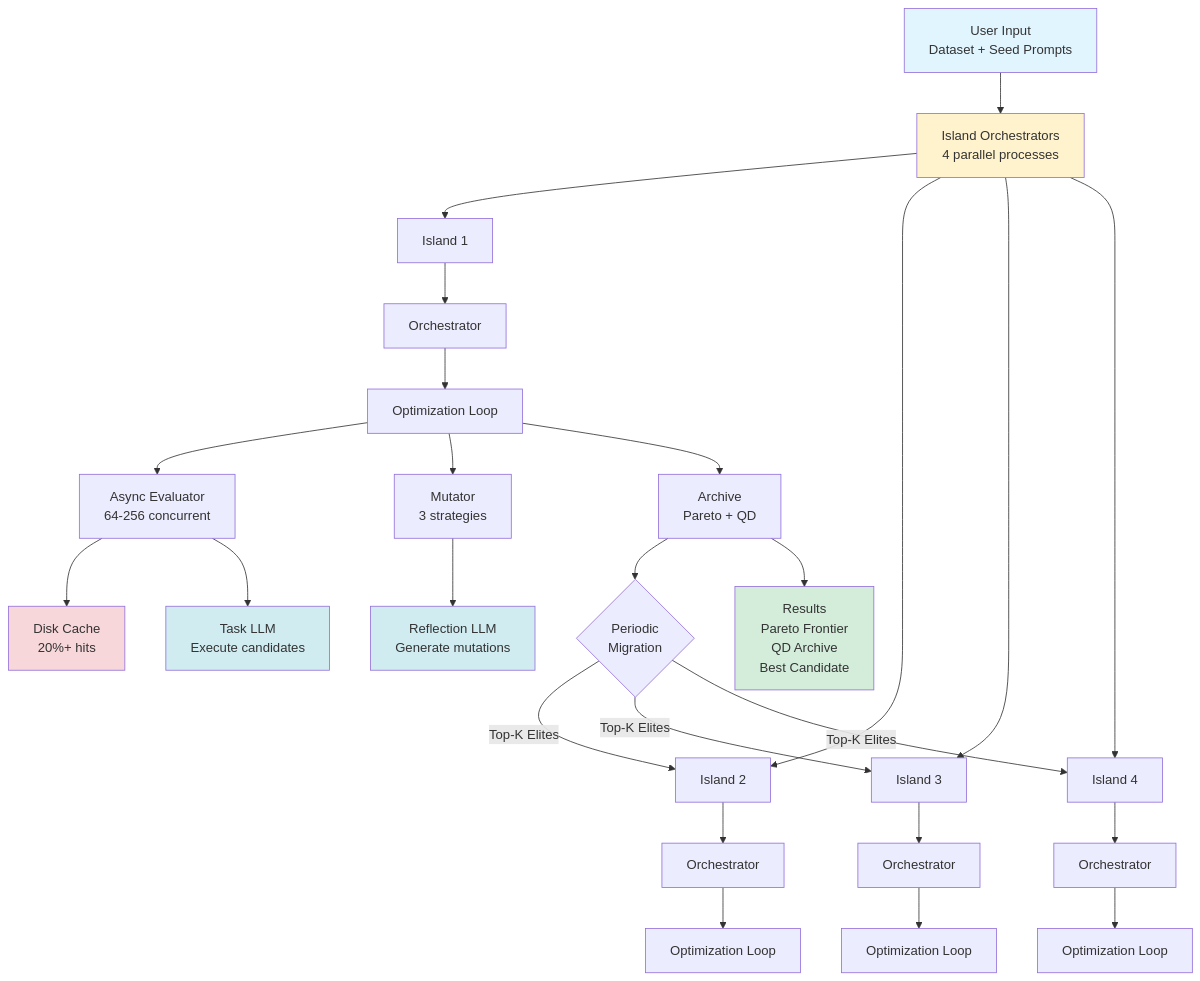
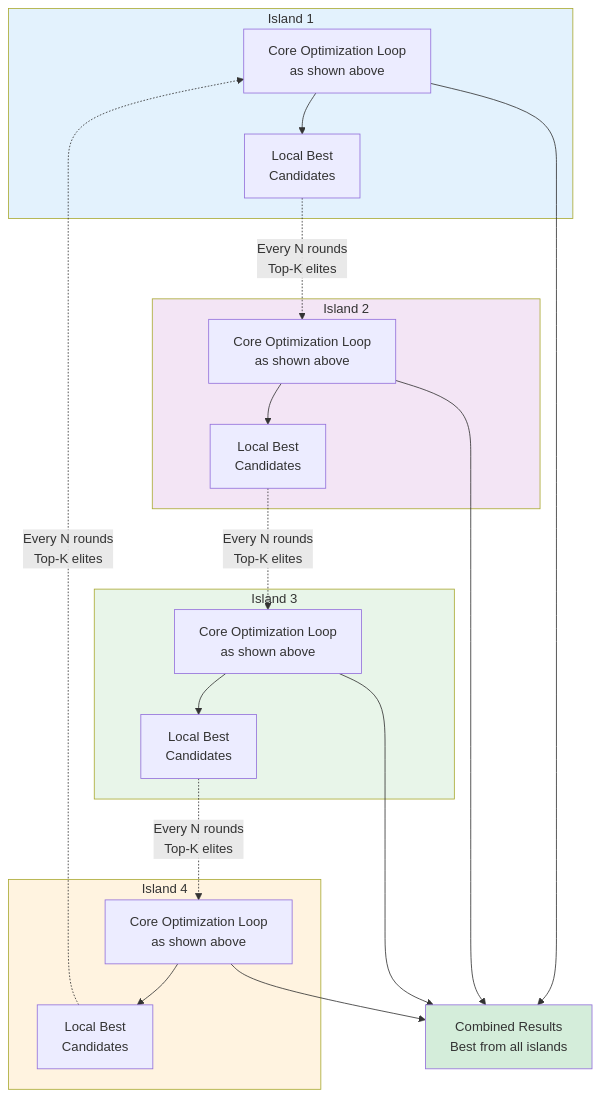
Before and after one commit to gepa-ai/gepa: the second of 5 diagrams in README.md, drawn with Mermaid. The commit also changed other lines of this file and 142 other files, not shown here.

````diff
--- a/README.md
+++ b/README.md
@@ -265,43 +252,43 @@
 ```mermaid
 graph TB
-    User[User Input<br/>Dataset + Seed Prompts] --> Islands[Island Orchestrators<br/>4 parallel processes]
+    subgraph Island1[" Island 1 "]
+        Loop1[Core Optimization Loop<br/>as shown above]
+        Best1[Local Best<br/>Candidates]
+    end
 
-    Islands --> Island1[Island 1]
-    Islands --> Island2[Island 2]
-    Islands --> Island3[Island 3]
-    Islands --> Island4[Island 4]
+    subgraph Island2[" Island 2 "]
+        Loop2[Core Optimization Loop<br/>as shown above]
+        Best2[Local Best<br/>Candidates]
+    end
 
-    Island1 --> Orch1[Orchestrator]
-    Island2 --> Orch2[Orchestrator]
-    Island3 --> Orch3[Orchestrator]
-    Island4 --> Orch4[Orchestrator]
+    subgraph Island3[" Island 3 "]
+        Loop3[Core Optimization Loop<br/>as shown above]
+        Best3[Local Best<br/>Candidates]
+    end
 
-    Orch1 --> Loop1[Optimization Loop]
-    Orch2 --> Loop2[Optimization Loop]
-    Orch3 --> Loop3[Optimization Loop]
-    Orch4 --> Loop4[Optimization Loop]
+    subgraph Island4[" Island 4 "]
+        Loop4[Core Optimization Loop<br/>as shown above]
+        Best4[Local Best<br/>Candidates]
+    end
 
-    Loop1 --> Eval1[Async Evaluator<br/>64-256 concurrent]
-    Loop1 --> Mut1[Mutator<br/>3 strategies]
-    Loop1 --> Arch1[Archive<br/>Pareto + QD]
+    Loop1 --> Best1
+    Loop2 --> Best2
+    Loop3 --> Best3
+    Loop4 --> Best4
 
-    Eval1 --> Cache[Disk Cache<br/>20%+ hits]
-    Eval1 --> TaskLLM[Task LLM<br/>Execute candidates]
+    Best1 -.->|Every N rounds<br/>Top-K elites| Loop2
+    Best2 -.->|Every N rounds<br/>Top-K elites| Loop3
+    Best3 -.->|Every N rounds<br/>Top-K elites| Loop4
+    Best4 -.->|Every N rounds<br/>Top-K elites| Loop1
 
-    Mut1 --> RefLLM[Reflection LLM<br/>Generate mutations]
+    Loop1 --> Final[Combined Results<br/>Best from all islands]
+    Loop2 --> Final
+    Loop3 --> Final
+    Loop4 --> Final
 
-    Arch1 --> Migration{Periodic<br/>Migration}
-
-    Migration -->|Top-K Elites| Island2
-    Migration -->|Top-K Elites| Island3
-    Migration -->|Top-K Elites| Island4
-
-    Arch1 --> Results[Results<br/>Pareto Frontier<br/>QD Archive<br/>Best Candidate]
-
-    style User fill:#e1f5ff
-    style Results fill:#d4edda
-    style Islands fill:#fff3cd
-    style Cache fill:#f8d7da
-    style TaskLLM fill:#d1ecf1
-    style RefLLM fill:#d1ecf1
+    style Island1 fill:#e3f2fd
+    style Island2 fill:#f3e5f5
+    style Island3 fill:#e8f5e9
+    style Island4 fill:#fff3e0
+    style Final fill:#d4edda
 ```
````
